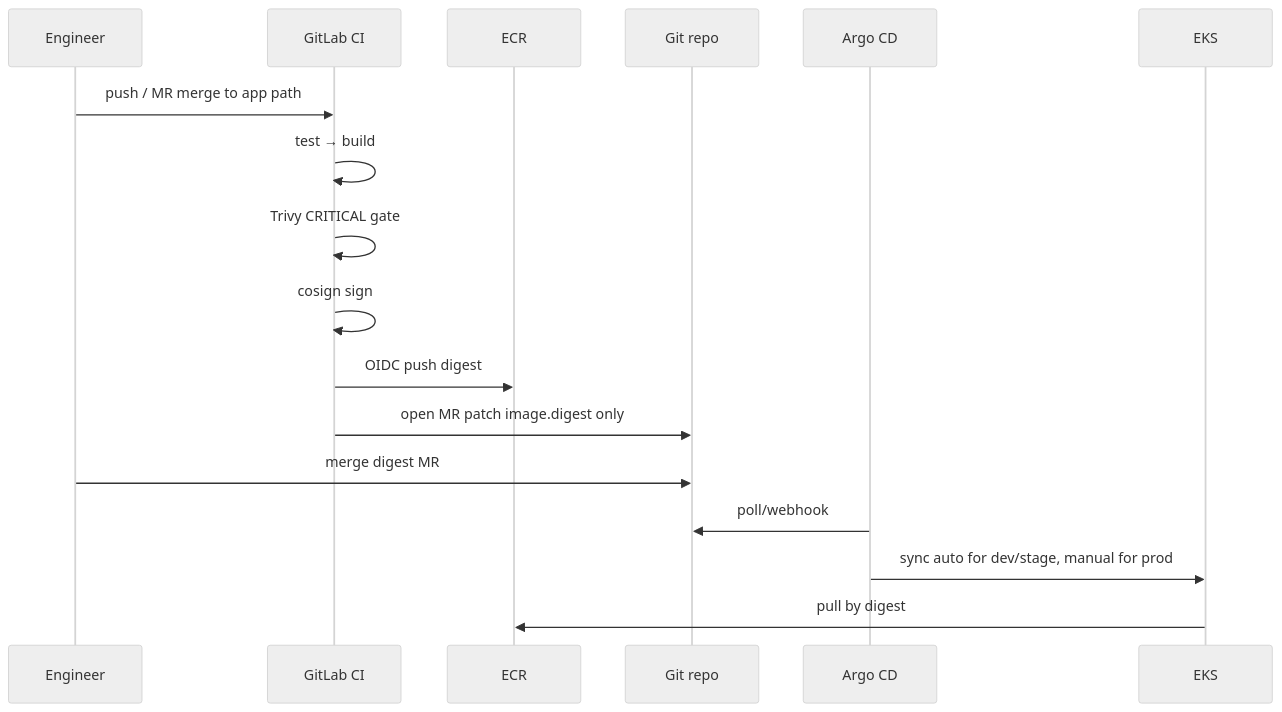
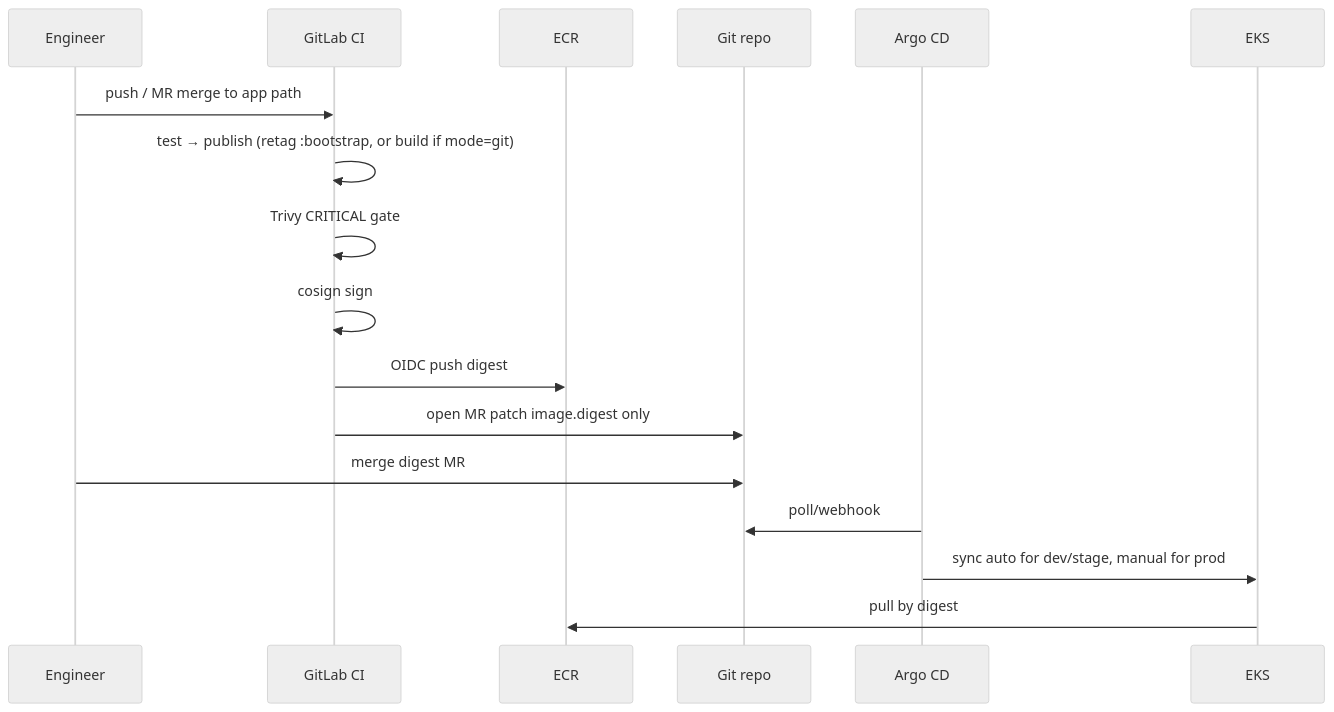
One commit to btilki/boutique-eks-gitops changed the second of 5 diagrams in docs/architecture/04-data-flows.md. Above: the diagram before and after it, drawn with Mermaid (neutral theme). The commit also changed other lines of this file and 2 other files, not shown here.

Commit message:
docs: say the default CI path retags the bootstrap image
The roadmap and the CI data-flow caption still described a from-source build. The default mode publishes :bootstrap.

````diff
--- a/docs/architecture/04-data-flows.md
+++ b/docs/architecture/04-data-flows.md
@@ -36,20 +36,20 @@
 ```mermaid
 sequenceDiagram
   participant Dev as Engineer
   participant GL as GitLab CI
   participant ECR as ECR
   participant Git as Git repo
   participant Argo as Argo CD
   participant K8s as EKS
 
   Dev->>GL: push / MR merge to app path
-  GL->>GL: test → build
+  GL->>GL: test → publish (retag :bootstrap, or build if mode=git)
   GL->>GL: Trivy CRITICAL gate
   GL->>GL: cosign sign
   GL->>ECR: OIDC push digest
   GL->>Git: open MR patch image.digest only
   Dev->>Git: merge digest MR
   Argo->>Git: poll/webhook
   Argo->>K8s: sync auto for dev/stage, manual for prod
   K8s->>ECR: pull by digest
 ```
````
